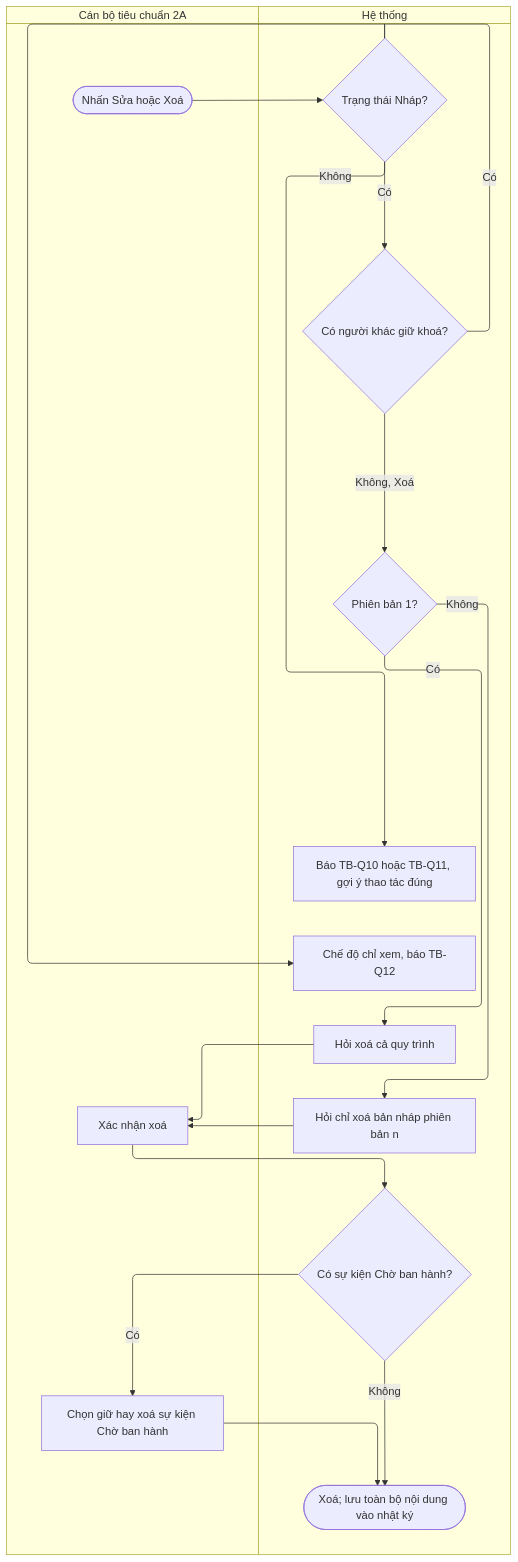
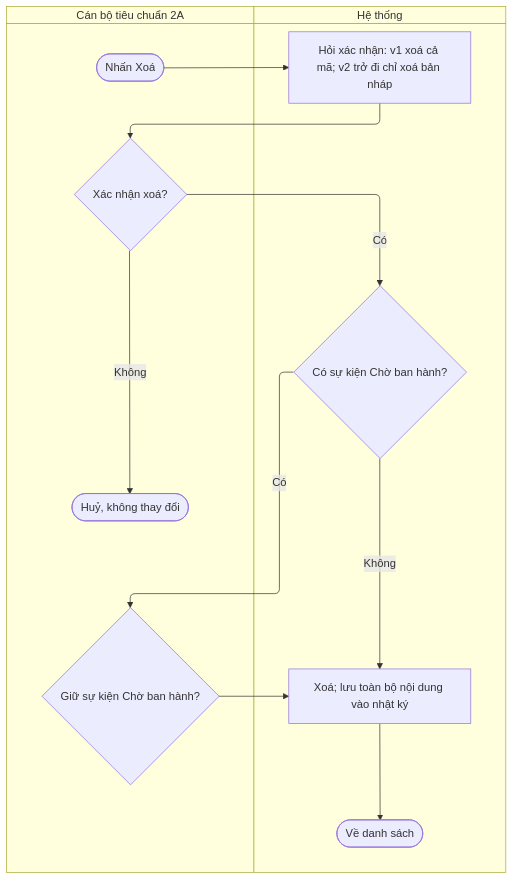
The second of 2 diagrams in docs/prd/quy-trinh-tieu-chuan-txng/7.5-sua-va-xoa-ban-nhap.md (cuongnh-rd/ndatrace-attp), drawn with Mermaid before and after one commit. The commit also changed other lines of this file and 9 other files, not shown here.

First line of the commit message:
docs(prd): vẽ lại swimlane Quy trình tiêu chuẩn TXNG, phạm vi trùng ngành theo cơ quan cấp 2, sửa tham chiếu luồng

````diff
--- a/docs/prd/quy-trinh-tieu-chuan-txng/7.5-sua-va-xoa-ban-nhap.md
+++ b/docs/prd/quy-trinh-tieu-chuan-txng/7.5-sua-va-xoa-ban-nhap.md
@@ -77,32 +77,23 @@
 ```mermaid
 swimlane-beta TB
   subgraph CB["Cán bộ tiêu chuẩn 2A"]
-    s(["Nhấn Sửa hoặc Xoá"])
-    c1["Xác nhận xoá"]
-    c2["Chọn giữ hay xoá sự kiện Chờ ban hành"]
+    s(["Nhấn Xoá"])
+    c1{"Xác nhận xoá?"}
+    c0(["Huỷ, không thay đổi"])
+    c2{"Giữ sự kiện Chờ ban hành?"}
   end
   subgraph HT["Hệ thống"]
-    d0{"Trạng thái Nháp?"}
-    h0["Báo TB-Q10 hoặc TB-Q11, gợi ý thao tác đúng"]
-    d1{"Có người khác giữ khoá?"}
-    h1["Chế độ chỉ xem, báo TB-Q12"]
-    d2{"Phiên bản 1?"}
-    h2["Hỏi xoá cả quy trình"]
-    h3["Hỏi chỉ xoá bản nháp phiên bản n"]
+    h1["Hỏi xác nhận: v1 xoá cả mã; v2 trở đi chỉ xoá bản nháp"]
     d3{"Có sự kiện Chờ ban hành?"}
-    h4(["Xoá; lưu toàn bộ nội dung vào nhật ký"])
+    h4["Xoá; lưu toàn bộ nội dung vào nhật ký"]
+    e(["Về danh sách"])
   end
-  s --> d0
-  d0 -->|Không| h0
-  d0 -->|Có| d1
-  d1 -->|Có| h1
-  d1 -->|Không, Xoá| d2
-  d2 -->|Có| h2
-  d2 -->|Không| h3
-  h2 --> c1
-  h3 --> c1
-  c1 --> d3
+  s --> h1
+  h1 --> c1
+  c1 -->|Không| c0
+  c1 -->|Có| d3
   d3 -->|Có| c2
   c2 --> h4
   d3 -->|Không| h4
+  h4 --> e
 ```
````
